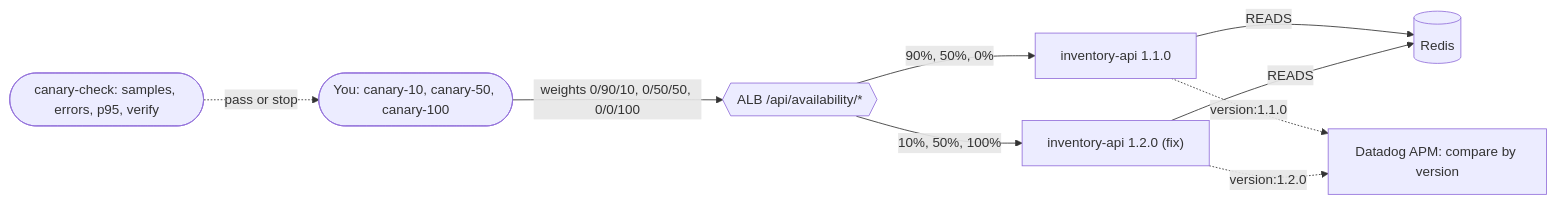
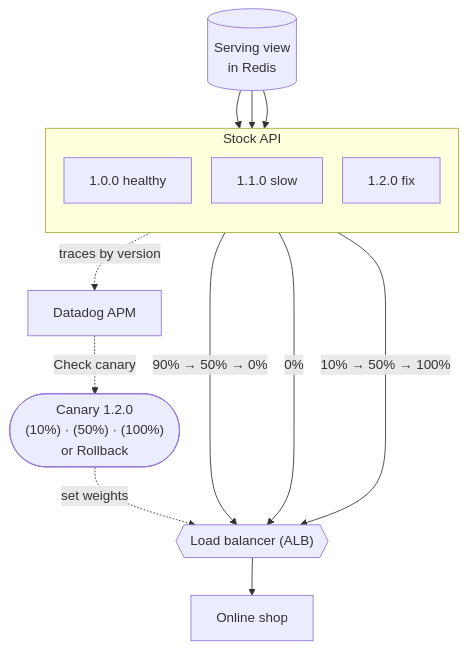
Before and after one commit to gianlucanatali/observable-inventory-streaming: the third of 3 diagrams in workshop/README.md, drawn with Mermaid. The commit also changed other lines of this file and 381 other files, not shown here.

Commit message:
Observable inventory streaming with Confluent and Datadog: workshop guide, site, license and code updates

````diff
--- a/workshop/README.md
+++ b/workshop/README.md
@@ -1106,11 +1417,19 @@
 ```mermaid
-flowchart LR
-  you(["You: canary-10, canary-50, canary-100"]) -->|"weights 0/90/10, 0/50/50, 0/0/100"| alb{{"ALB /api/availability/*"}}
-  alb -->|"90%, 50%, 0%"| api11["inventory-api 1.1.0"]
-  alb -->|"10%, 50%, 100%"| api12["inventory-api 1.2.0 (fix)"]
-  api11 -->|"READS"| redis[("Redis")]
-  api12 -->|"READS"| redis
-  api11 -.->|"version:1.1.0"| apm["Datadog APM: compare by version"]
-  api12 -.->|"version:1.2.0"| apm
-  gate(["canary-check: samples, errors, p95, verify"]) -.->|"pass or stop"| you
+%%{init: {"flowchart": {"nodeSpacing": 24, "rankSpacing": 45}}}%%
+flowchart TB
+  view[("Serving view<br/>in Redis")]
+  subgraph REL["Stock API"]
+    direction TB
+    r100["1.0.0 healthy"]
+    r110["1.1.0 slow"]
+    r120["1.2.0 fix"]
+  end
+  view --> r100 & r110 & r120
+  r100 -->|"90% → 50% → 0%"| alb{{"Load balancer (ALB)"}}
+  r110 -->|"0%"| alb
+  r120 -->|"10% → 50% → 100%"| alb
+  alb --> web["Online shop"]
+  REL -.->|"traces by version"| apm["Datadog APM"]
+  apm -.->|"Check canary"| btn(["Canary 1.2.0<br/>(10%) · (50%) · (100%)<br/>or Rollback"])
+  btn -.->|"set weights"| alb
 ```
````
